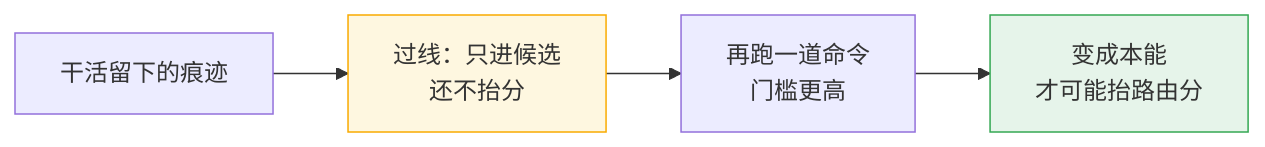
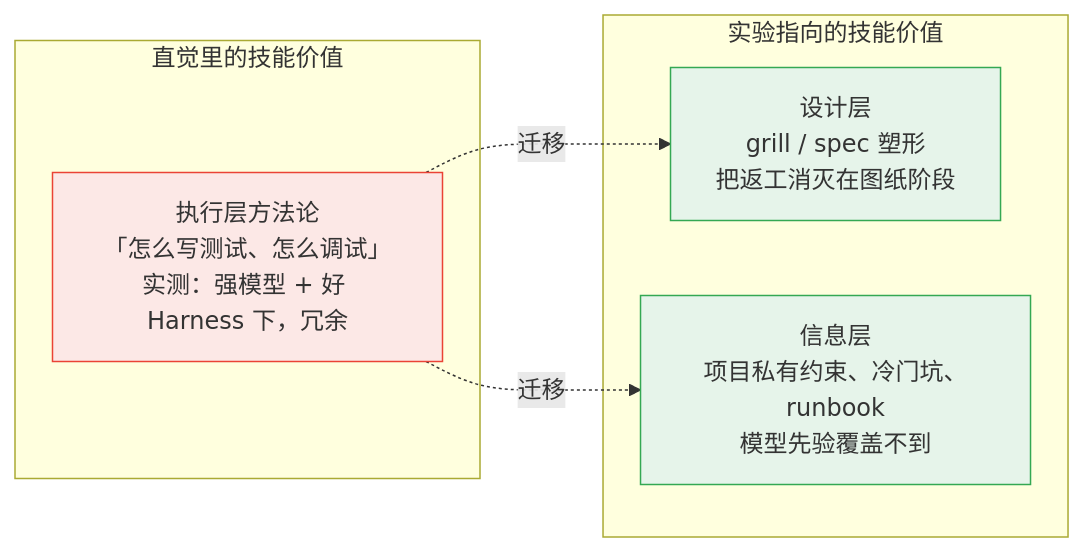
One commit to nehcuh/vibesop-py changed the seventh of 8 diagrams in docs/skill-routing-explained.md. Above: the diagram before and after it, drawn with Mermaid. The commit also changed other lines of this file and 4 other files, not shown here.

````diff
--- a/docs/skill-routing-explained.md
+++ b/docs/skill-routing-explained.md
@@ -248,8 +286,15 @@
 ```mermaid
 flowchart LR
-    A["干活留下的痕迹"] --> B["过线：只进候选<br/>还不抬分"]
-    B --> C["再跑一道命令<br/>门槛更高"]
-    C --> D["变成本能<br/>才可能抬路由分"]
-    style B fill:#fef7e0,stroke:#f9ab00
-    style D fill:#e6f4ea,stroke:#34a853
+    subgraph OLD["直觉里的技能价值"]
+        A["执行层方法论<br/>「怎么写测试、怎么调试」<br/>实测：强模型 + 好 Harness 下，冗余"]
+    end
+    subgraph NEW["实验指向的技能价值"]
+        B["设计层<br/>grill / spec 塑形<br/>把返工消灭在图纸阶段"]
+        C["信息层<br/>项目私有约束、冷门坑、runbook<br/>模型先验覆盖不到"]
+    end
+    A -. 迁移 .-> B
+    A -. 迁移 .-> C
+    style A fill:#fce8e6,stroke:#ea4335
+    style B fill:#e6f4ea,stroke:#34a853
+    style C fill:#e6f4ea,stroke:#34a853
 ```
````
